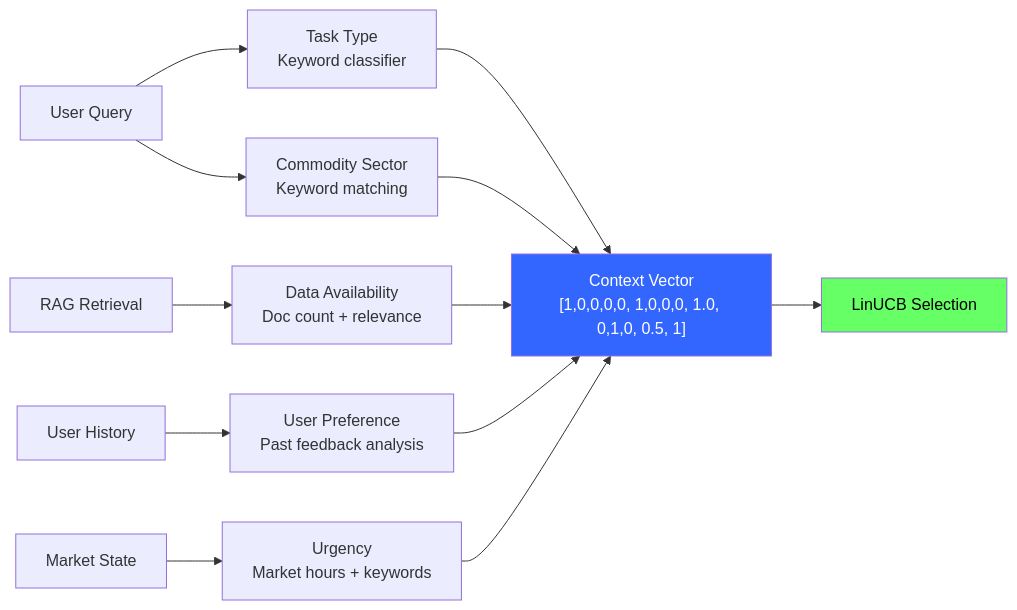
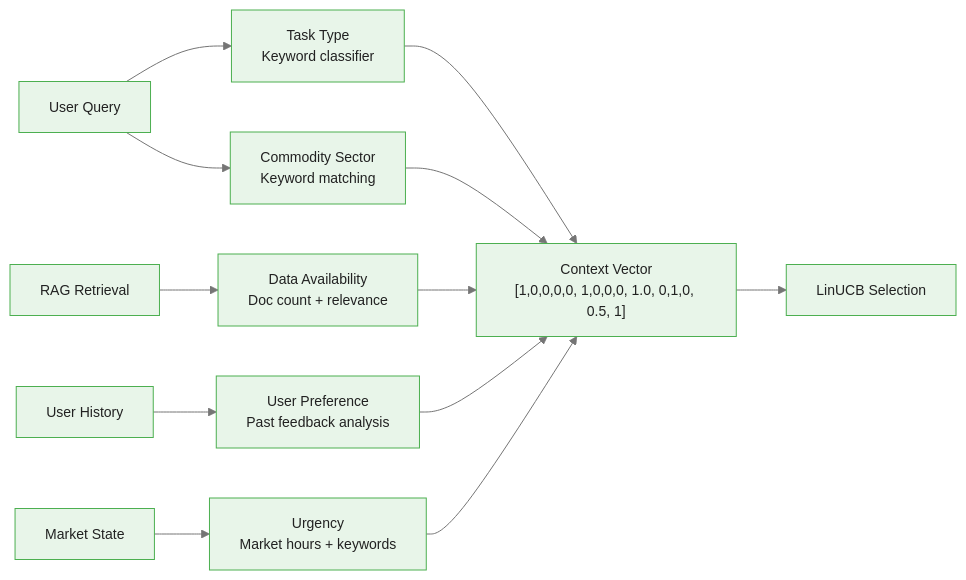
One commit to m-deane/course-creator changed the second of 5 diagrams in courses/multi-armed-bandits-ab-testing/modules/module_08_prompt_routing_bandits/guides/03_contextual_prompt_routing_slides.md. Above: the diagram before and after it, drawn with Mermaid. The commit also changed other lines of this file and 146 other files, not shown here.

````diff
--- a/courses/multi-armed-bandits-ab-testing/modules/module_08_prompt_routing_bandits/guides/03_contextual_prompt_routing_slides.md
+++ b/courses/multi-armed-bandits-ab-testing/modules/module_08_prompt_routing_bandits/guides/03_contextual_prompt_routing_slides.md
@@ -63,14 +82,12 @@
 ```mermaid
+%%{init: {"theme": "base", "themeVariables": {"primaryColor": "#e8f5e9", "primaryBorderColor": "#4caf50", "primaryTextColor": "#212121", "secondaryColor": "#e3f2fd", "tertiaryColor": "#fff8e1", "lineColor": "#757575", "fontFamily": "Inter, sans-serif", "fontSize": "14px"}}}%%
 flowchart LR
     Query["User Query"] --> TT["Task Type<br/>Keyword classifier"]
     Query --> CS["Commodity Sector<br/>Keyword matching"]
     RAG["RAG Retrieval"] --> DA["Data Availability<br/>Doc count + relevance"]
     History["User History"] --> UP["User Preference<br/>Past feedback analysis"]
     Market["Market State"] --> UR["Urgency<br/>Market hours + keywords"]
 
     TT & CS & DA & UP & UR --> Vec["Context Vector<br/>[1,0,0,0,0, 1,0,0,0, 1.0, 0,1,0, 0.5, 1]"]
     Vec --> LinUCB["LinUCB Selection"]
-
-    style Vec fill:#36f,color:#fff
-    style LinUCB fill:#6f6,color:#000
 ```
````
